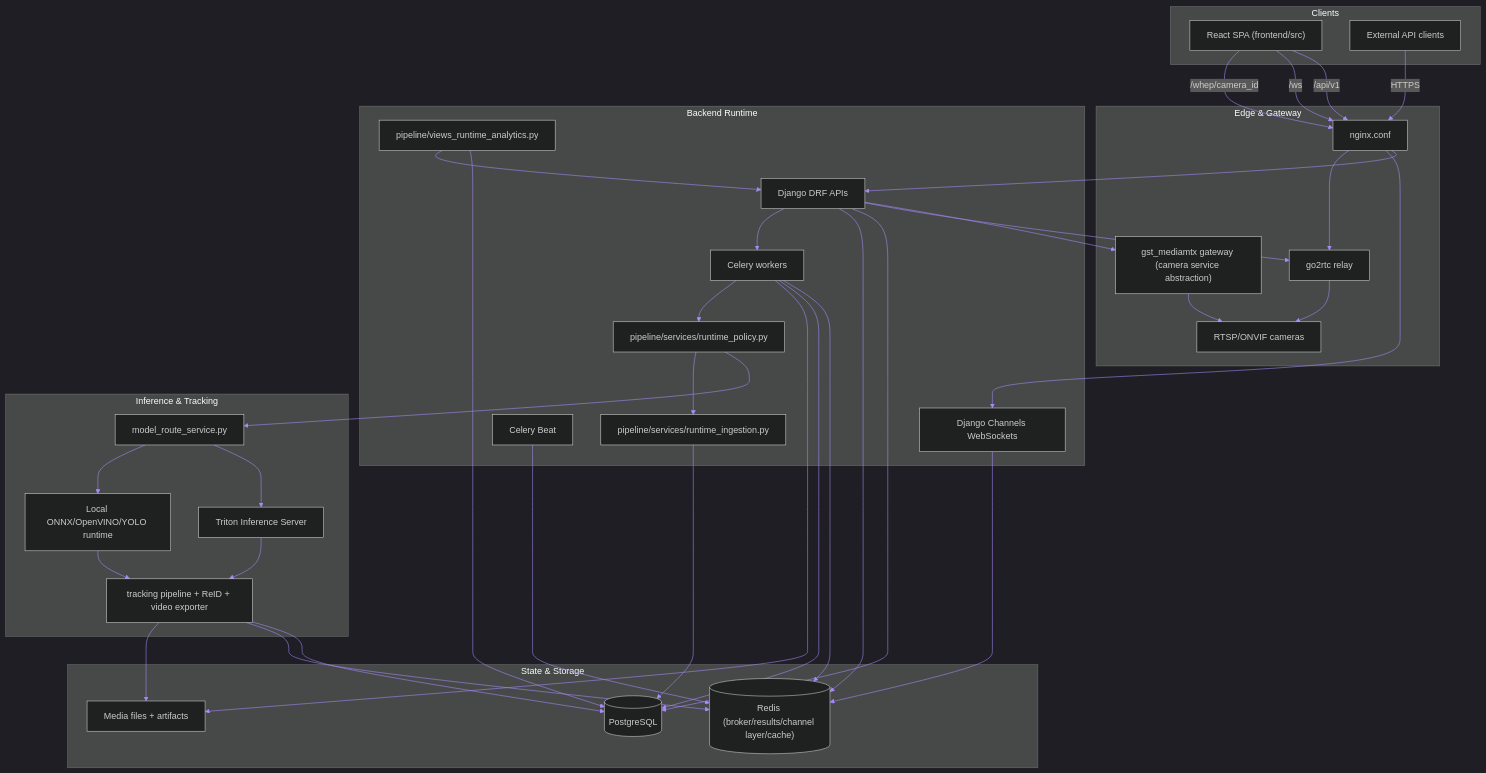
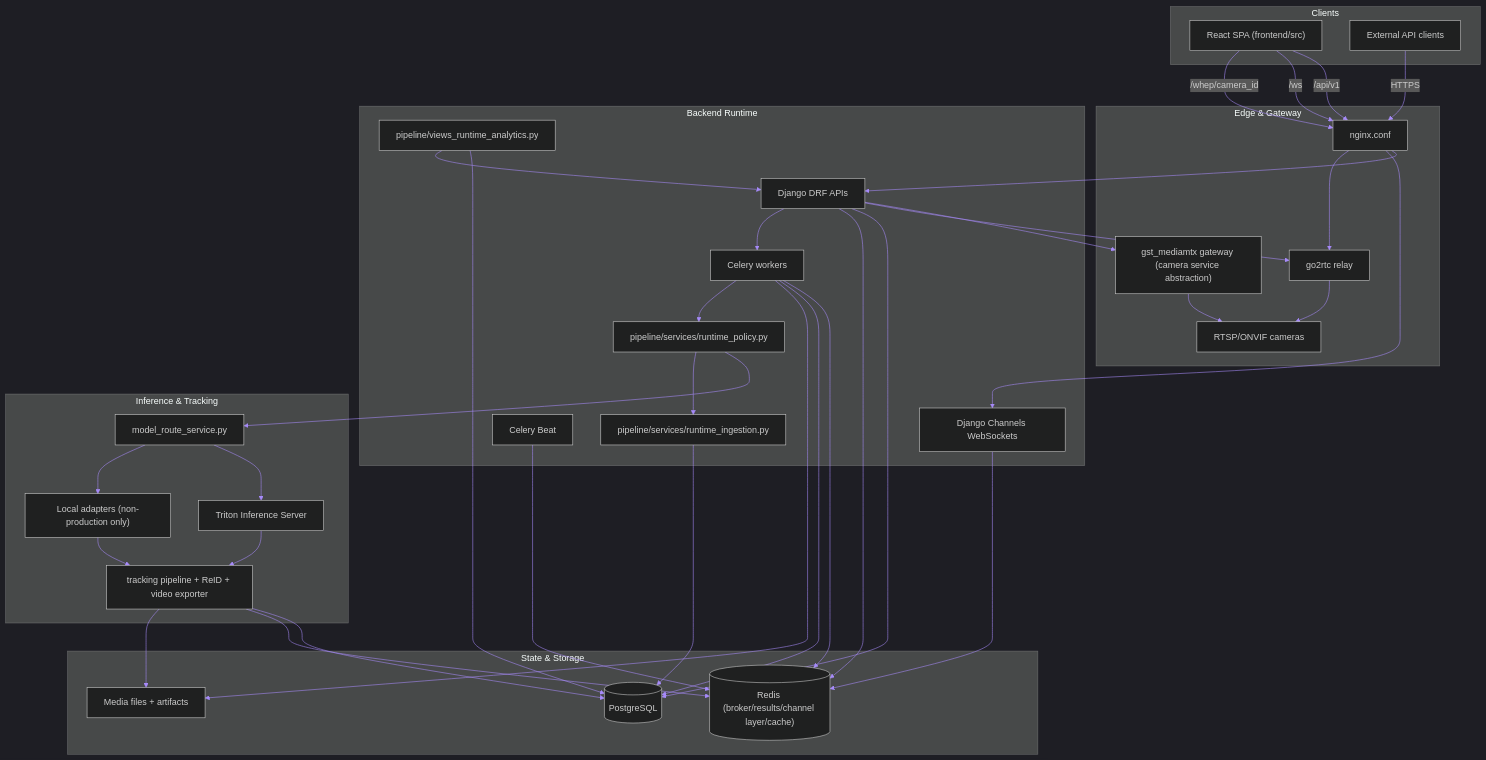
Before and after one commit to ahmedelbamby-aast/Grad-Project-Docs: the first of 4 diagrams in docs/ARCHITECTURE.md, drawn with Mermaid. The commit also changed other lines of this file and 2792 other files, not shown here.

````diff
--- a/docs/ARCHITECTURE.md
+++ b/docs/ARCHITECTURE.md
@@ -7,76 +7,76 @@
 ```mermaid
 %%{init: {'theme': 'dark', 'themeVariables': {'primaryColor': '#7C3AED', 'lineColor': '#A78BFA'}}}%%
 flowchart TB
     subgraph Clients["Clients"]
         SPA["React SPA (frontend/src)"]
         APIClient["External API clients"]
     end
 
     subgraph Edge["Edge & Gateway"]
         Nginx["nginx.conf"]
         Go2rtc["go2rtc relay"]
         GstGateway["gst_mediamtx gateway (camera service abstraction)"]
         Cameras["RTSP/ONVIF cameras"]
     end
 
     subgraph App["Backend Runtime"]
         DRF["Django DRF APIs"]
         Channels["Django Channels WebSockets"]
         Celery["Celery workers"]
         Beat["Celery Beat"]
         RuntimePolicy["pipeline/services/runtime_policy.py"]
         RuntimeIngestion["pipeline/services/runtime_ingestion.py"]
         RuntimeAnalytics["pipeline/views_runtime_analytics.py"]
     end
 
     subgraph AI["Inference & Tracking"]
         Route["model_route_service.py"]
         Triton["Triton Inference Server"]
-        LocalInference["Local ONNX/OpenVINO/YOLO runtime"]
+        LocalInference["Local adapters (non-production only)"]
         Tracking["tracking pipeline + ReID + video exporter"]
     end
 
     subgraph State["State & Storage"]
         Postgres[("PostgreSQL")]
         Redis[("Redis (broker/results/channel layer/cache)")]
         Files["Media files + artifacts"]
     end
 
     SPA -->|/api/v1| Nginx
     SPA -->|/ws| Nginx
     SPA -->|/whep/camera_id| Nginx
     APIClient -->|HTTPS| Nginx
 
     Nginx --> DRF
     Nginx --> Channels
     Nginx --> Go2rtc
 
     Go2rtc --> Cameras
     GstGateway --> Cameras
     DRF --> GstGateway
     DRF --> Go2rtc
 
     DRF --> Postgres
     DRF --> Redis
     DRF --> Celery
     Channels --> Redis
     Beat --> Redis
     Celery --> Redis
     Celery --> Postgres
     Celery --> Files
 
     Celery --> RuntimePolicy
     RuntimePolicy --> Route
     RuntimePolicy --> RuntimeIngestion
     Route --> Triton
     Route --> LocalInference
     Triton --> Tracking
     LocalInference --> Tracking
     Tracking --> Postgres
     Tracking --> Redis
     Tracking --> Files
 
     RuntimeIngestion --> Postgres
     RuntimeAnalytics --> Postgres
     RuntimeAnalytics --> DRF
 ```
````
